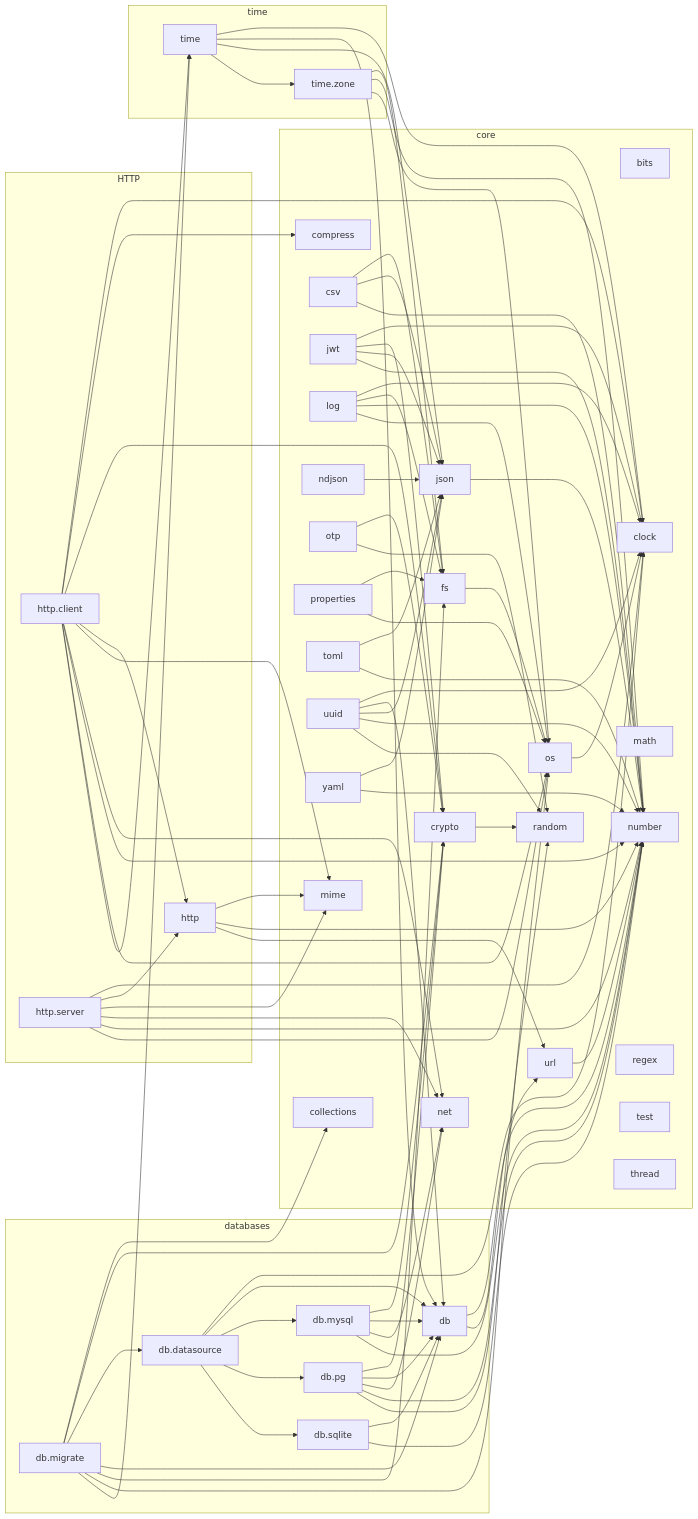
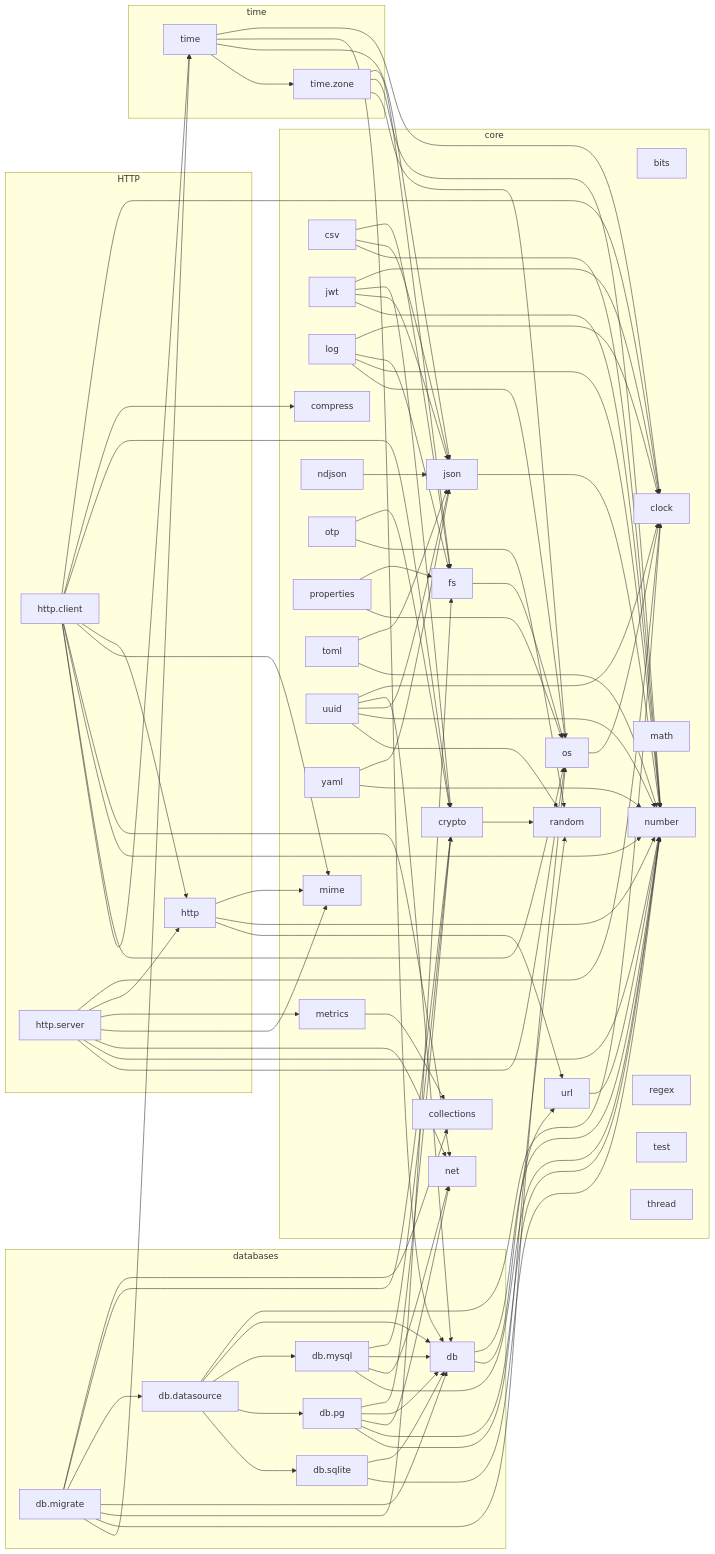
The diagram in docs/lib/dependencies.md (vasnatech/ziman), drawn with Mermaid before and after one commit. The commit also changed other lines of this file and 21 other files, not shown here.

First line of the commit message:
F10: a metrics module, and the server records its own

```diff
--- a/docs/lib/dependencies.md
+++ b/docs/lib/dependencies.md
@@ -19,6 +19,7 @@
         jwt["jwt"]
         log["log"]
         math["math"]
+        metrics["metrics"]
         mime["mime"]
         ndjson["ndjson"]
         net["net"]
@@ -85,6 +86,7 @@
     log --> fs
     log --> number
     log --> os
+    metrics --> collections
     migrate --> collections
     migrate --> crypto
     migrate --> datasource
@@ -109,6 +111,7 @@
     properties --> os
     server --> clock
     server --> http
+    server --> metrics
     server --> mime
     server --> net
     server --> number
```
